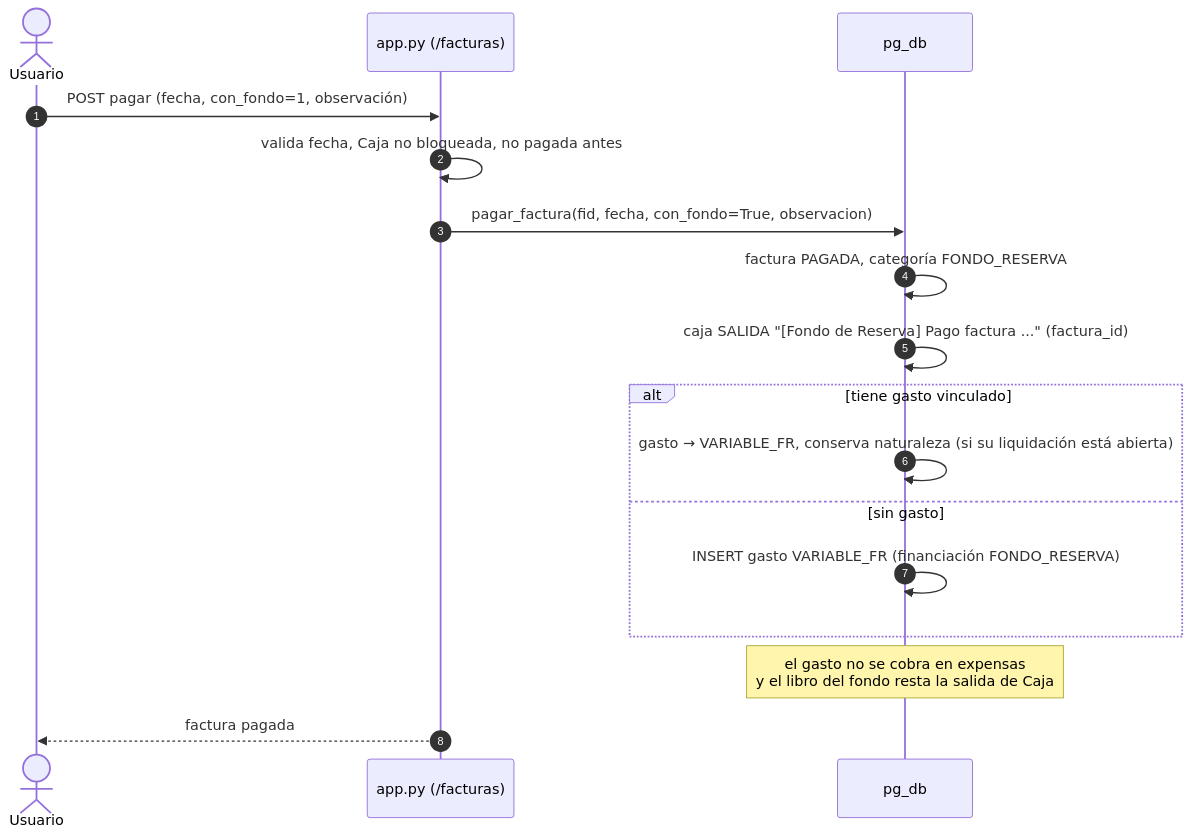
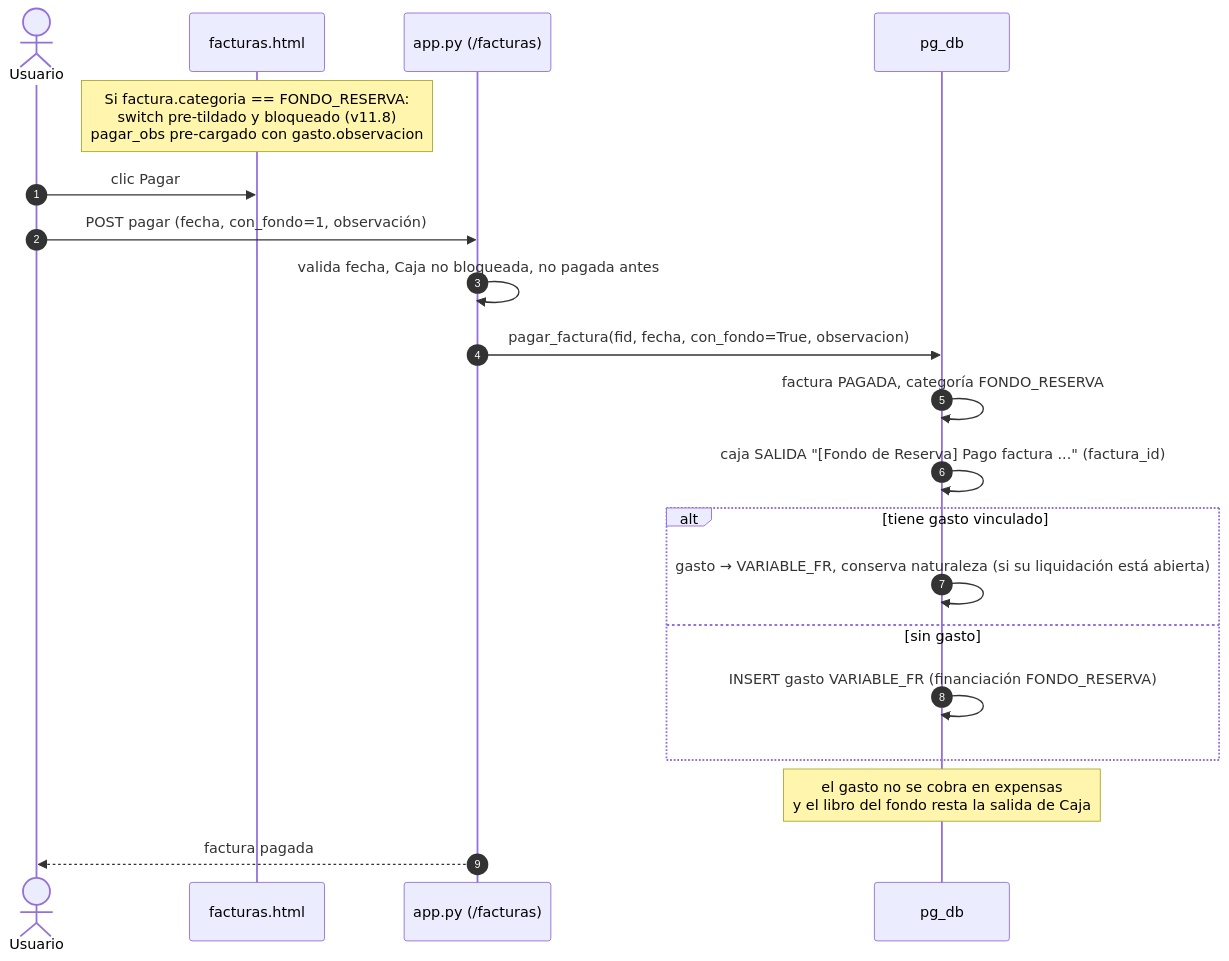
Before and after one commit to ncmartin77/consorcio: diagram 22 of 23 in docs/diagramas.md, drawn with Mermaid. The commit also changed other lines of this file and 2 other files, not shown here.

Commit message:
Memoria de sesion y diagramas al dia (v11.9)

````diff
--- a/docs/diagramas.md
+++ b/docs/diagramas.md
@@ -663,19 +666,22 @@
 ```mermaid
 sequenceDiagram
     autonumber
     actor A as Usuario
+    participant UI as facturas.html
     participant F as app.py (/facturas)
     participant D as pg_db
+    Note over UI: Si factura.categoria == FONDO_RESERVA:<br/>switch pre-tildado y bloqueado (v11.8)<br/>pagar_obs pre-cargado con gasto.observacion
+    A->>UI: clic Pagar
     A->>F: POST pagar (fecha, con_fondo=1, observación)
     F->>F: valida fecha, Caja no bloqueada, no pagada antes
     F->>D: pagar_factura(fid, fecha, con_fondo=True, observacion)
     D->>D: factura PAGADA, categoría FONDO_RESERVA
     D->>D: caja SALIDA "[Fondo de Reserva] Pago factura ..." (factura_id)
     alt tiene gasto vinculado
         D->>D: gasto → VARIABLE_FR, conserva naturaleza (si su liquidación está abierta)
     else sin gasto
         D->>D: INSERT gasto VARIABLE_FR (financiación FONDO_RESERVA)
     end
     Note over D: el gasto no se cobra en expensas<br/>y el libro del fondo resta la salida de Caja
     F-->>A: factura pagada
 ```
````
